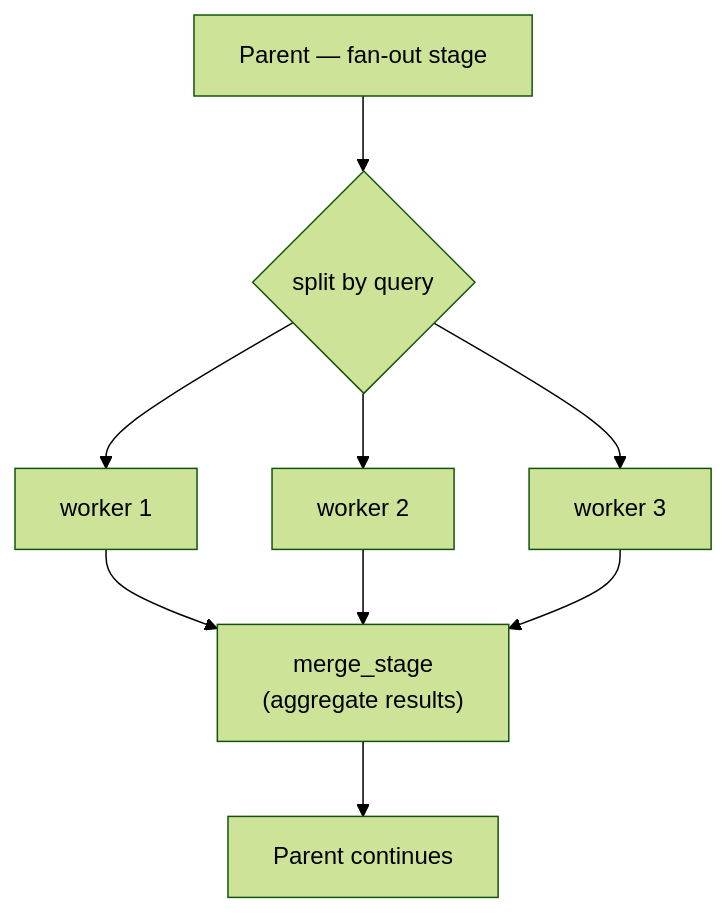
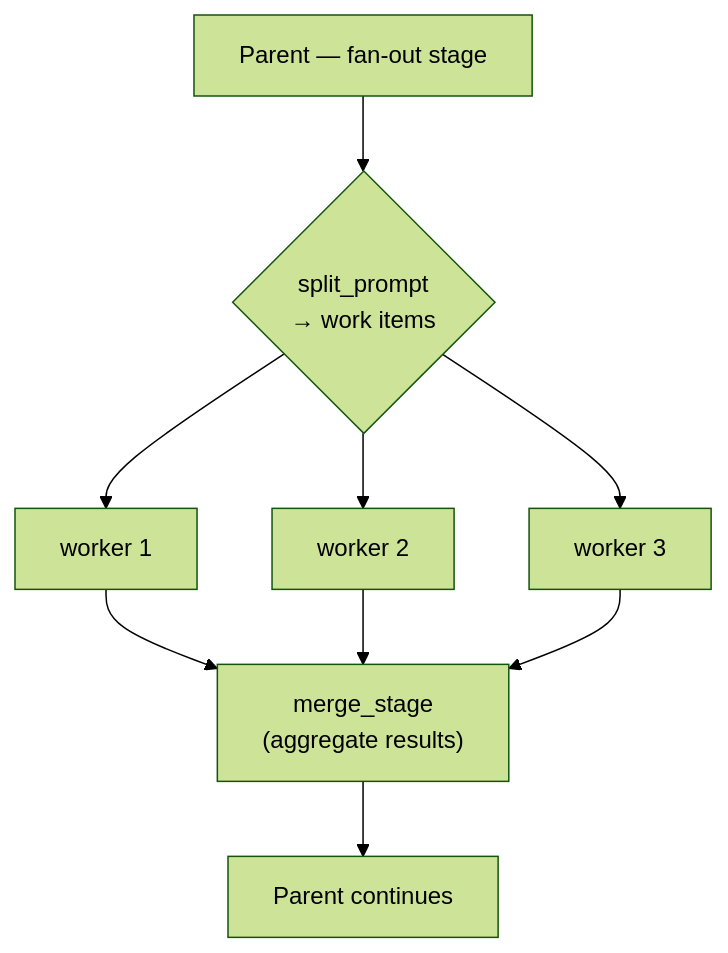
Before and after one commit to GEMISIS/leviath: the first of 2 diagrams in docs/content/sub-agents.md, drawn with Mermaid (forest theme). The commit also changed other lines of this file and 16 other files, not shown here.

````diff
--- a/docs/content/sub-agents.md
+++ b/docs/content/sub-agents.md
@@ -19,9 +19,9 @@
 ```mermaid
 flowchart TB
-  P["Parent — fan-out stage"] --> Q{"split by query"}
+  P["Parent — fan-out stage"] --> Q{"split_prompt<br/>→ work items"}
   Q --> W1["worker 1"]
   Q --> W2["worker 2"]
   Q --> W3["worker 3"]
   W1 & W2 & W3 --> M["merge_stage<br/>(aggregate results)"]
   M --> P2["Parent continues"]
 ```
````
